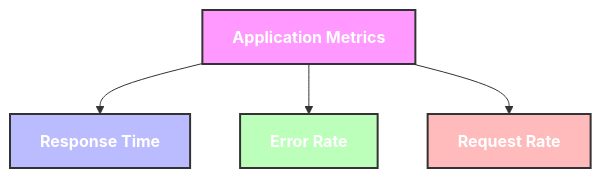
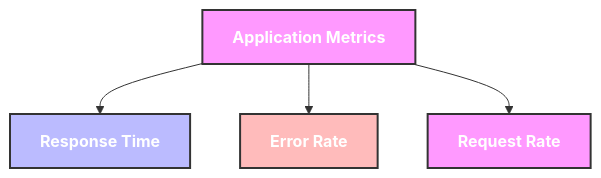
The third of 4 diagrams in README.md (ivanht/minikube-argocd-local), drawn with Mermaid before and after one commit. The commit also changed other lines of this file, not shown here.

````diff
--- a/README.md
+++ b/README.md
@@ -74,10 +74,10 @@
 ```mermaid
 graph TD
     A[Application Metrics] --> B[Response Time]
     A --> C[Error Rate]
     A --> D[Request Rate]
     style A fill:#f9f,stroke:#333,stroke-width:2px,color:white,font-weight:bold
     style B fill:#bbf,stroke:#333,stroke-width:2px,color:white,font-weight:bold
-    style C fill:#bfb,stroke:#333,stroke-width:2px,color:white,font-weight:bold
-    style D fill:#fbb,stroke:#333,stroke-width:2px,color:white,font-weight:bold
+    style C fill:#fbb,stroke:#333,stroke-width:2px,color:white,font-weight:bold
+    style D fill:#f9f,stroke:#333,stroke-width:2px,color:white,font-weight:bold
 ```
````
